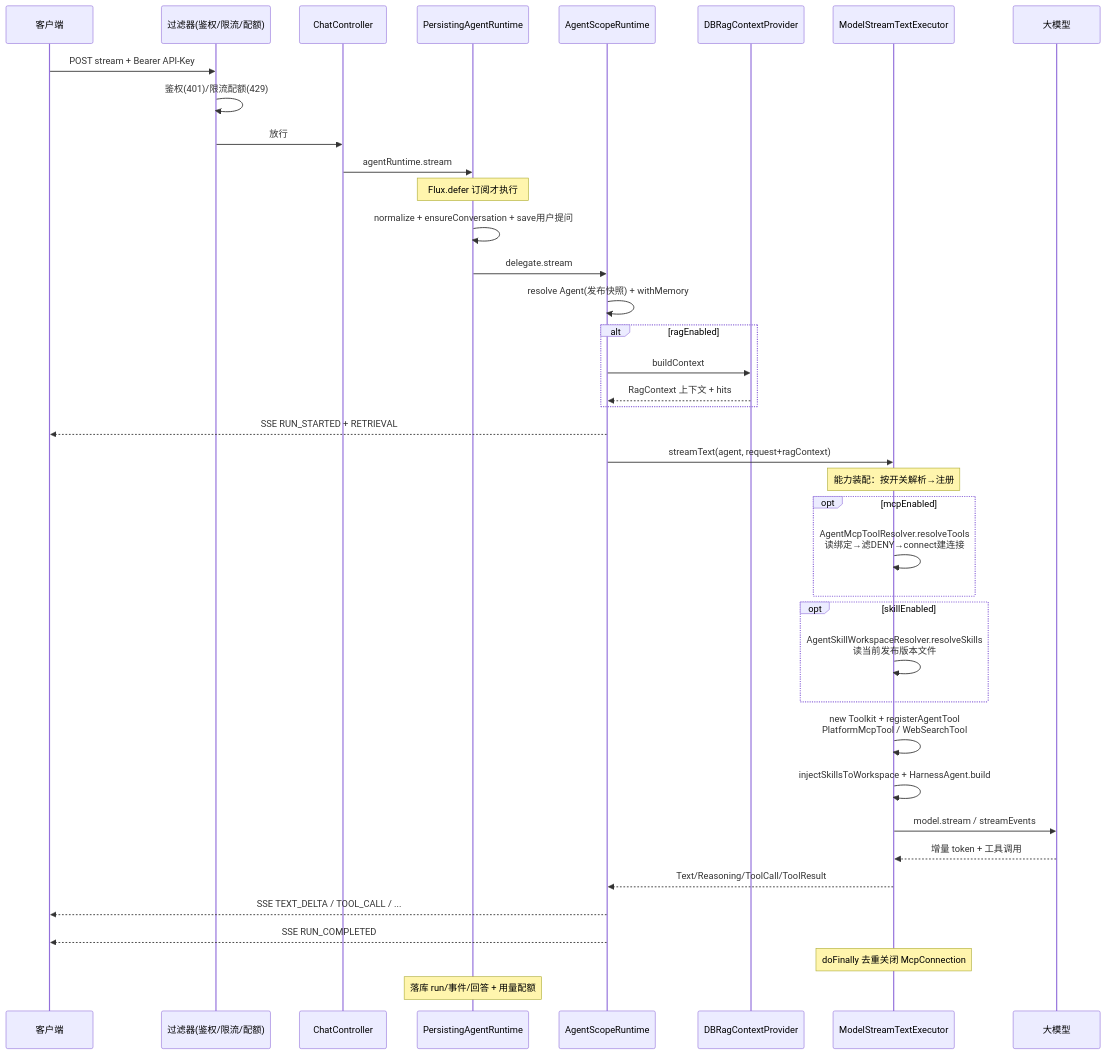
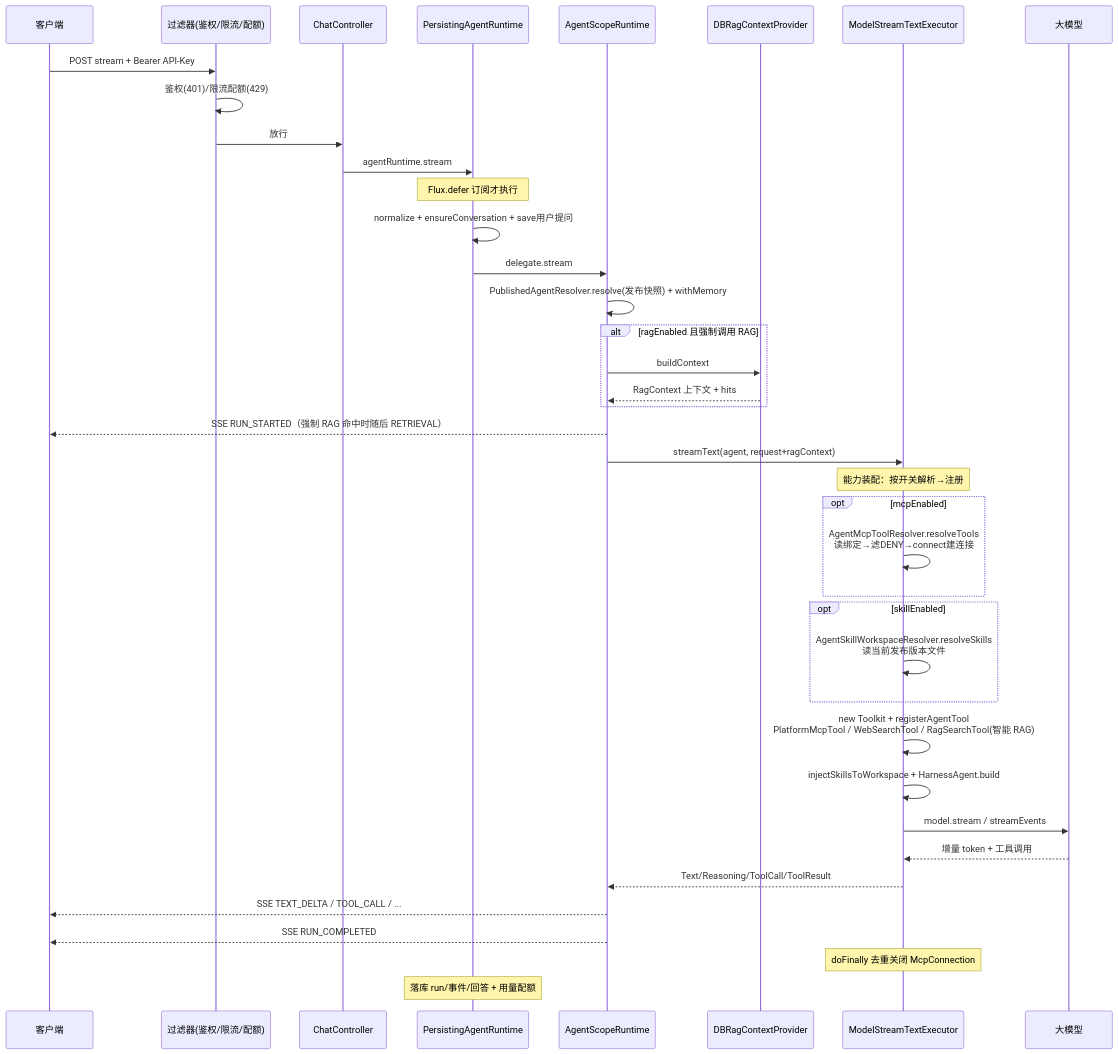
The first of 3 diagrams in README.md (zyw/v5ai-nb), drawn with Mermaid before and after one commit. The commit also changed other lines of this file and 8 other files, not shown here.

````diff
--- a/README.md
+++ b/README.md
@@ -50,42 +51,42 @@
 ```mermaid
 sequenceDiagram
     participant U as 客户端
     participant F as 过滤器(鉴权/限流/配额)
     participant C as ChatController
     participant P as PersistingAgentRuntime
     participant A as AgentScopeRuntime
     participant R as DBRagContextProvider
     participant E as ModelStreamTextExecutor
     participant M as 大模型
 
     U->>F: POST stream + Bearer API-Key
     F->>F: 鉴权(401)/限流配额(429)
     F->>C: 放行
     C->>P: agentRuntime.stream
     Note over P: Flux.defer 订阅才执行
     P->>P: normalize + ensureConversation + save用户提问
     P->>A: delegate.stream
-    A->>A: resolve Agent(发布快照) + withMemory
-    alt ragEnabled
+    A->>A: PublishedAgentResolver.resolve(发布快照) + withMemory
+    alt ragEnabled 且强制调用 RAG
         A->>R: buildContext
         R-->>A: RagContext 上下文 + hits
     end
-    A-->>U: SSE RUN_STARTED + RETRIEVAL
+    A-->>U: SSE RUN_STARTED（强制 RAG 命中时随后 RETRIEVAL）
     A->>E: streamText(agent, request+ragContext)
     Note over E: 能力装配：按开关解析→注册
     opt mcpEnabled
         E->>E: AgentMcpToolResolver.resolveTools<br/>读绑定→滤DENY→connect建连接
     end
     opt skillEnabled
         E->>E: AgentSkillWorkspaceResolver.resolveSkills<br/>读当前发布版本文件
     end
-    E->>E: new Toolkit + registerAgentTool<br/>PlatformMcpTool / WebSearchTool
+    E->>E: new Toolkit + registerAgentTool<br/>PlatformMcpTool / WebSearchTool / RagSearchTool(智能 RAG)
     E->>E: injectSkillsToWorkspace + HarnessAgent.build
     E->>M: model.stream / streamEvents
     M-->>E: 增量 token + 工具调用
     E-->>A: Text/Reasoning/ToolCall/ToolResult
     A-->>U: SSE TEXT_DELTA / TOOL_CALL / ...
     A-->>U: SSE RUN_COMPLETED
     Note over E: doFinally 去重关闭 McpConnection
     Note over P: 落库 run/事件/回答 + 用量配额
 ```
````
